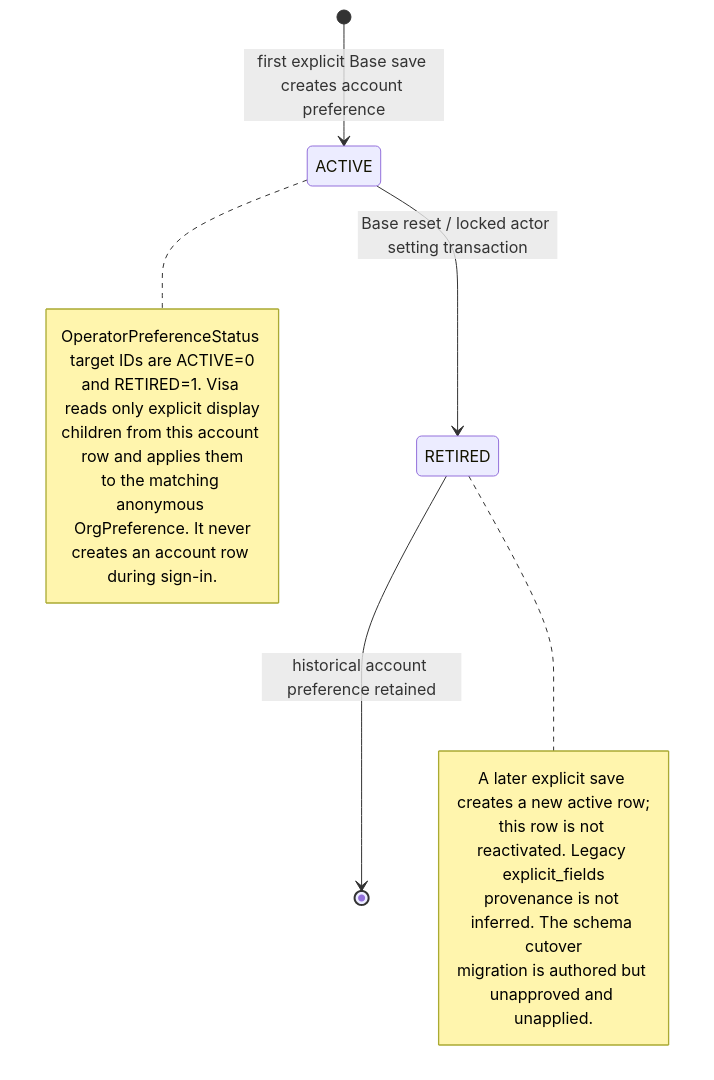
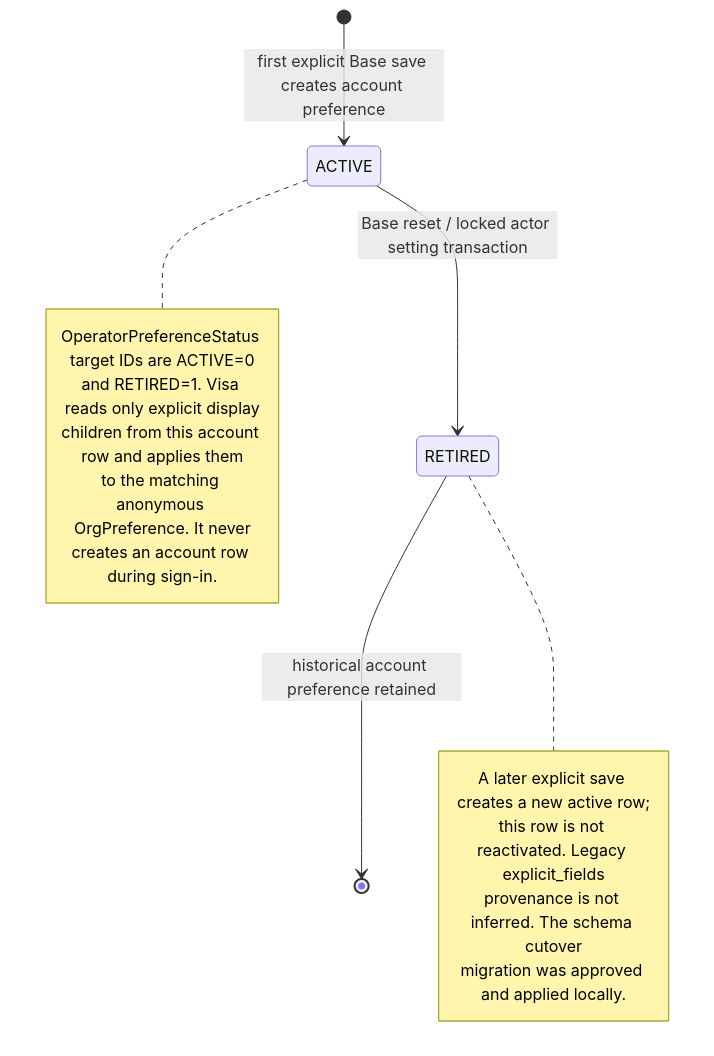
One commit to seahal/umaxica-apps-jit-global changed the diagram in docs/mermaid/idp-operator-preference-status.mmd. Above: the diagram before and after it, drawn with Mermaid. The commit also changed 1736 other files, not shown here.

```diff
--- a/docs/mermaid/idp-operator-preference-status.mmd
+++ b/docs/mermaid/idp-operator-preference-status.mmd
@@ -1,22 +1,22 @@
 stateDiagram-v2
     state "ACTIVE" as active
     state "RETIRED" as retired
 
     [*] --> active: first explicit Base save creates account preference
     active --> retired: Base reset / locked actor setting transaction
     retired --> [*]: historical account preference retained
 
     note right of active
       OperatorPreferenceStatus target IDs are ACTIVE=0
       and RETIRED=1. Visa reads only explicit display
       children from this account row and applies them
       to the matching anonymous OrgPreference. It never
       creates an account row during sign-in.
     end note
 
     note right of retired
       A later explicit save creates a new active row;
       this row is not reactivated. Legacy explicit_fields
       provenance is not inferred. The schema cutover
-      migration is authored but unapproved and unapplied.
+      migration was approved and applied locally.
     end note
```
